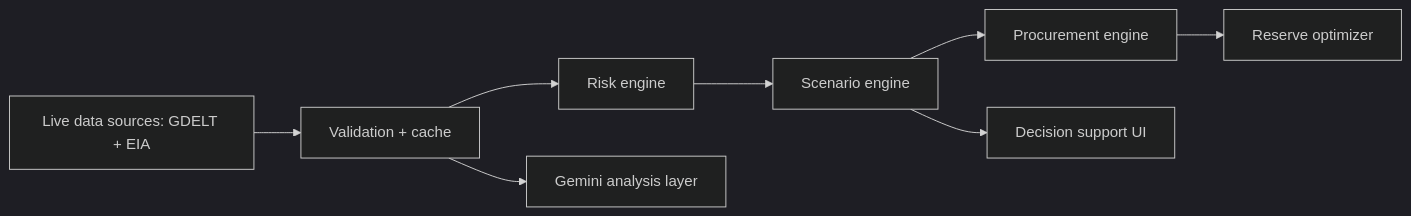
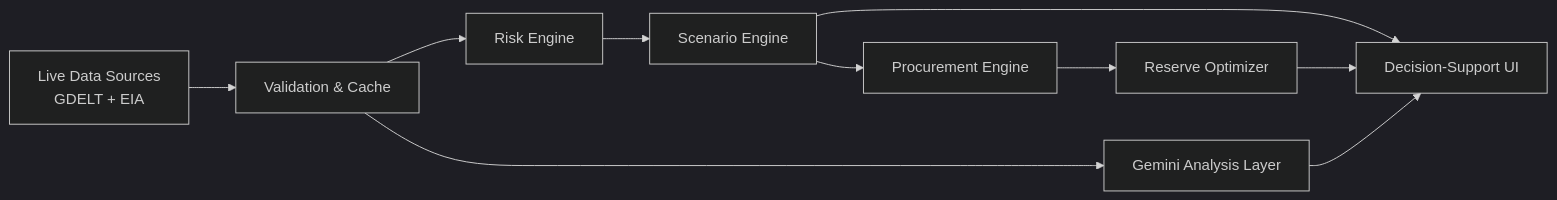
One commit to sujalgiriiitp-source/shieldchain-ai changed the diagram in README.md. Above: the diagram before and after it, drawn with Mermaid (dark theme). The commit also changed other lines of this file, not shown here.

````diff
--- a/README.md
+++ b/README.md
@@ -24,10 +140,12 @@
 ```mermaid
 flowchart LR
-  A["Live data sources: GDELT + EIA"] --> B["Validation + cache"]
-  B --> C["Risk engine"]
-  C --> D["Scenario engine"]
-  D --> E["Procurement engine"]
-  E --> F["Reserve optimizer"]
-  B --> G["Gemini analysis layer"]
-  D --> H["Decision support UI"]
+    A["Live Data Sources<br/>GDELT + EIA"] --> B["Validation & Cache"]
+    B --> C["Risk Engine"]
+    B --> H["Gemini Analysis Layer"]
+    C --> D["Scenario Engine"]
+    D --> E["Procurement Engine"]
+    D --> G["Decision-Support UI"]
+    E --> F["Reserve Optimizer"]
+    F --> G
+    H --> G
 ```
````
